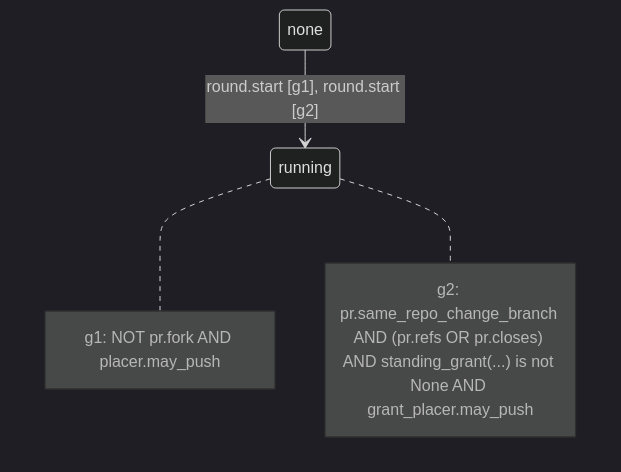
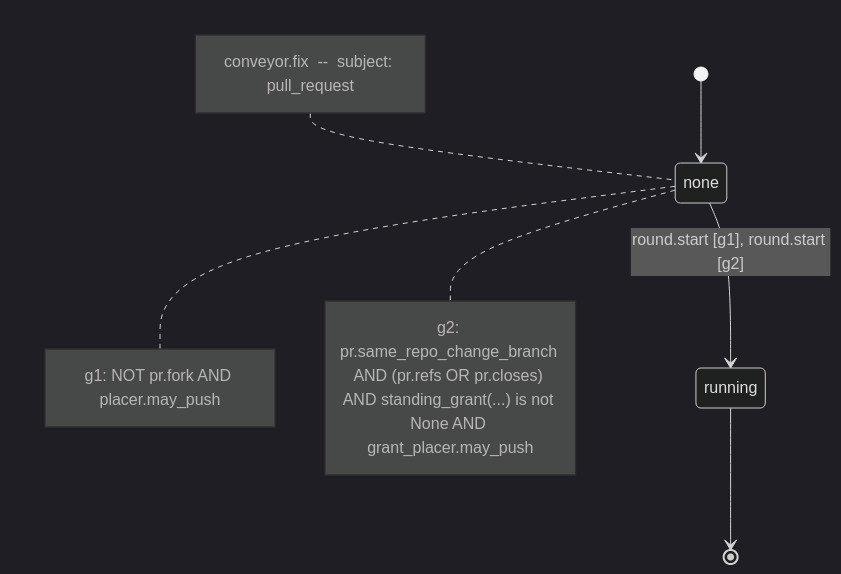
One commit to kostiantyn-matsebora/agent-ops-operator changed the diagram in .github/conveyor-model/mermaid/conveyor_fix.mmd. Above: the diagram before and after it, drawn with Mermaid (dark theme). The commit also changed 9 other files, not shown here.

```diff
--- a/.github/conveyor-model/mermaid/conveyor_fix.mmd
+++ b/.github/conveyor-model/mermaid/conveyor_fix.mmd
@@ -1,11 +1,15 @@
 stateDiagram-v2
-    %% no single initial state: this conveyor's real trigger fires identically from most of its own states once its guard holds
+    [*] --> none
+    note left of none
+        conveyor.fix  --  subject: pull_request
+    end note
     state none
     state running
     none --> running : round.start [g1], round.start [g2]
-    note right of running
+    running --> [*]
+    note right of none
         g1: NOT pr.fork AND placer.may_push
     end note
-    note right of running
+    note right of none
         g2: pr.same_repo_change_branch AND (pr.refs OR pr.closes) AND standing_grant(...) is not None AND grant_placer.may_push
     end note
```
